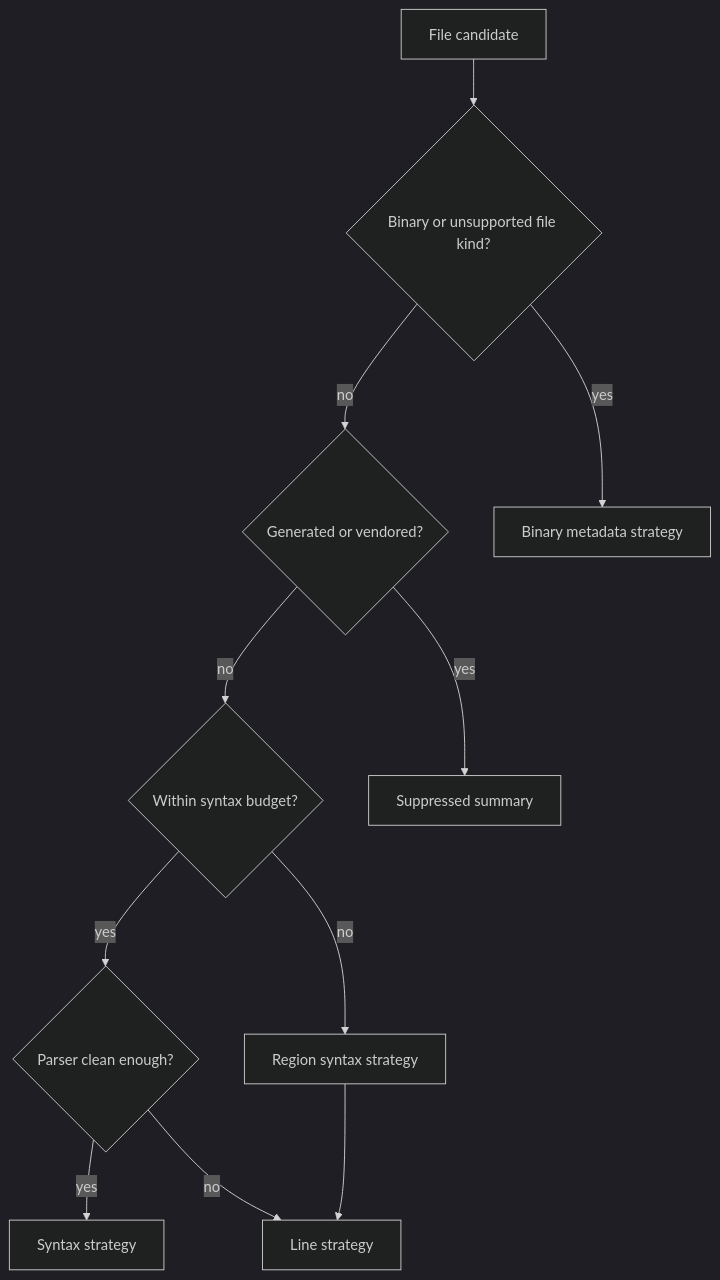
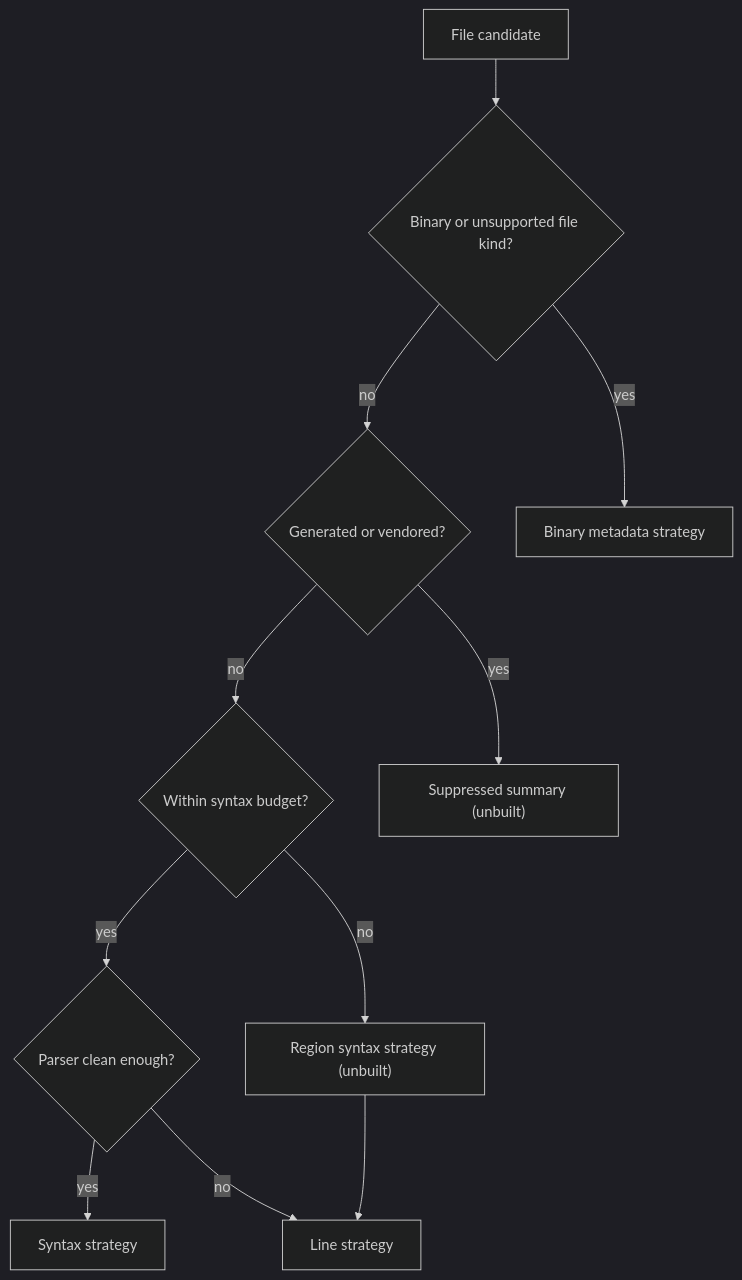
One commit to Louranicas/deep-diff-forge changed the diagram in docs/PERFORMANCE_AND_NOVELTY.md. Above: the diagram before and after it, drawn with Mermaid (dark theme). The commit also changed other lines of this file and 36 other files, not shown here.

First line of the commit message:
docs: comprehensive v0.11.0 documentation and schematics overhaul

````diff
--- a/docs/PERFORMANCE_AND_NOVELTY.md
+++ b/docs/PERFORMANCE_AND_NOVELTY.md
@@ -78,24 +96,24 @@
 ```mermaid
 flowchart TB
-    Start[File candidate]
-    Binary{Binary or unsupported file kind?}
-    Generated{Generated or vendored?}
-    Small{Within syntax budget?}
-    Parsed{Parser clean enough?}
-    Syntax[Syntax strategy]
-    Region[Region syntax strategy]
-    Line[Line strategy]
-    Summary[Suppressed summary]
-    BinaryOut[Binary metadata strategy]
+    Start["File candidate"]
+    Binary{"Binary or unsupported file kind?"}
+    Generated{"Generated or vendored?"}
+    Small{"Within syntax budget?"}
+    Parsed{"Parser clean enough?"}
+    Syntax["Syntax strategy"]
+    Region["Region syntax strategy (unbuilt)"]
+    Line["Line strategy"]
+    Summary["Suppressed summary (unbuilt)"]
+    BinaryOut["Binary metadata strategy"]
 
     Start --> Binary
     Binary -- yes --> BinaryOut
     Binary -- no --> Generated
     Generated -- yes --> Summary
     Generated -- no --> Small
     Small -- yes --> Parsed
     Small -- no --> Region
     Parsed -- yes --> Syntax
     Parsed -- no --> Line
     Region --> Line
 ```
````
